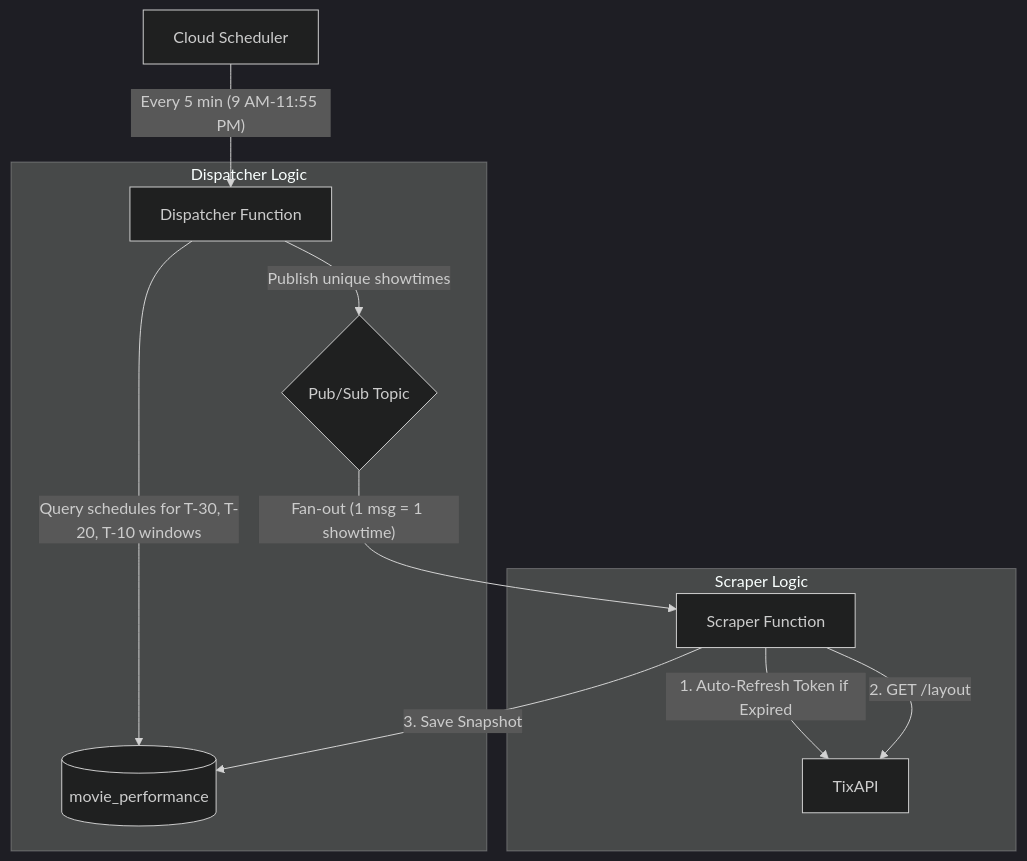
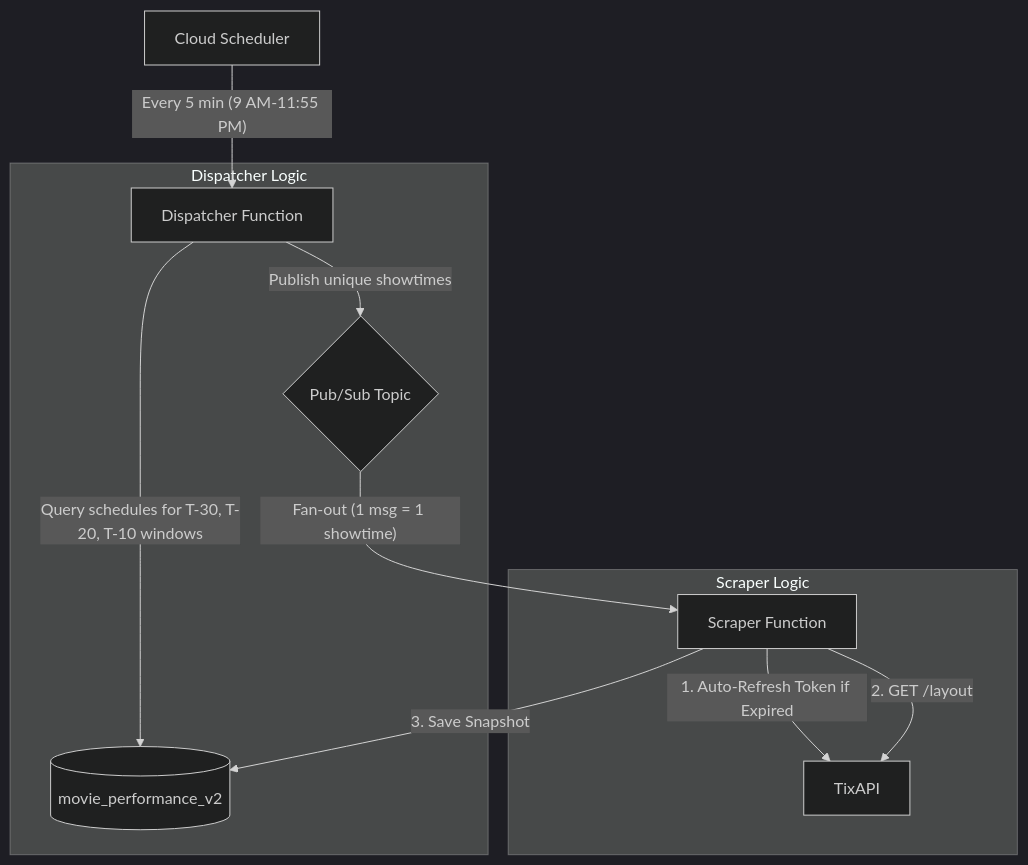
One commit to okihita/CineRadar changed the second of 2 diagrams in docs/system/03_daily_pipeline.md. Above: the diagram before and after it, drawn with Mermaid (dark theme). The commit also changed other lines of this file and 15 other files, not shown here.

````diff
--- a/docs/system/03_daily_pipeline.md
+++ b/docs/system/03_daily_pipeline.md
@@ -111,17 +111,17 @@
 ```mermaid
 graph TD
     Scheduler[Cloud Scheduler] -- "Every 5 min (9 AM-11:55 PM)" --> Dispatcher[Dispatcher Function]
     
     subgraph "Dispatcher Logic"
         Dispatcher -- "Query schedules for T-30, T-20, T-10 windows" --> Firestore[(Firestore)]
         Dispatcher -- "Publish unique showtimes" --> PubSub{Pub/Sub Topic}
     end
     
     PubSub -- "Fan-out (1 msg = 1 showtime)" --> Scraper[Scraper Function]
     
     subgraph "Scraper Logic"
         Scraper -- "1. Auto-Refresh Token if Expired" --> TixAPI
         Scraper -- "2. GET /layout" --> TixAPI
-        Scraper -- "3. Save Snapshot" --> Firestore[(movie_performance)]
+        Scraper -- "3. Save Snapshot" --> Firestore[(movie_performance_v2)]
     end
 ```
````
